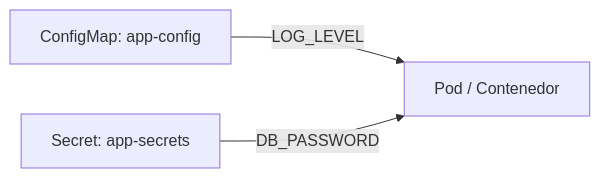
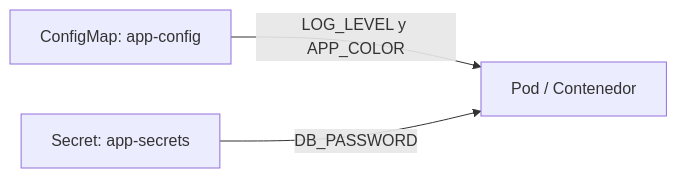
Before and after one commit to ieftraining/curso-openshift: the third of 4 diagrams in docs/sesion2/2.4 Configuracion fuera de la imagen.md, drawn with Mermaid. The commit also changed other lines of this file, not shown here.

````diff
--- a/docs/sesion2/2.4 Configuracion fuera de la imagen.md
+++ b/docs/sesion2/2.4 Configuracion fuera de la imagen.md
@@ -167,5 +210,5 @@
 ```mermaid
 flowchart LR
-    CM[ConfigMap: app-config] -->|LOG_LEVEL| Pod[Pod / Contenedor]
-    SEC[Secret: app-secrets] -->|DB_PASSWORD| Pod
+    CM["ConfigMap: app-config"] -->|"LOG_LEVEL y APP_COLOR"| POD["Pod / Contenedor"]
+    SEC["Secret: app-secrets"] -->|"DB_PASSWORD"| POD
 ```
````
